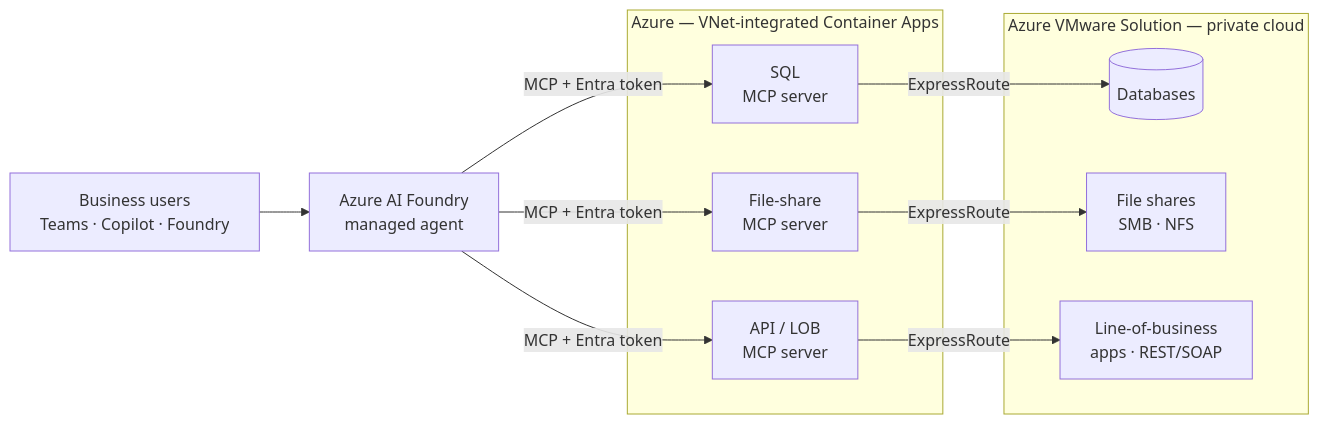
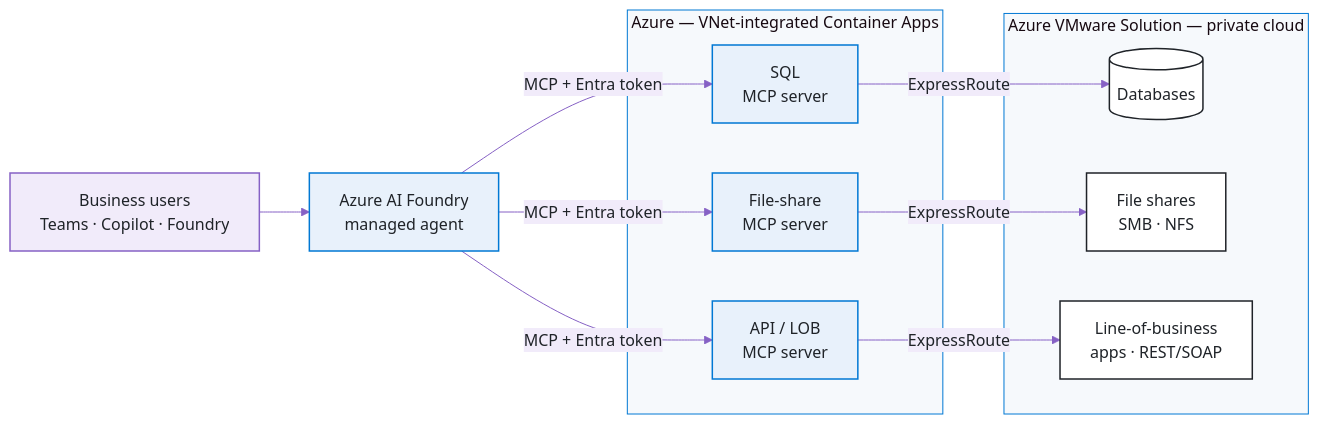
One commit to nivasn-msft/AVS-workload-agent changed the first of 3 diagrams in docs/blog.md. Above: the diagram before and after it, drawn with Mermaid. The commit also changed other lines of this file and 10 other files, not shown here.

First line of the commit message:
docs: replace mermaid diagrams with Azure-styled SVGs

````diff
--- a/docs/blog.md
+++ b/docs/blog.md
@@ -17,20 +17,32 @@
 ```mermaid
+%%{init: {'theme':'base','themeVariables':{
+  'fontFamily':'Segoe UI, -apple-system, sans-serif',
+  'primaryColor':'#E8F1FB','primaryTextColor':'#1F2328','primaryBorderColor':'#0078D4',
+  'lineColor':'#8661C5','secondaryColor':'#F1EBFA','tertiaryColor':'#E8F6EE',
+  'clusterBkg':'#F6F9FC','clusterBorder':'#0078D4'}}}%%
 flowchart LR
     U["Business users<br/>Teams · Copilot · Foundry"] --> AG["Azure AI Foundry<br/>managed agent"]
     subgraph az["Azure — VNet-integrated Container Apps"]
         M1["SQL<br/>MCP server"]
         M2["File-share<br/>MCP server"]
         M3["API / LOB<br/>MCP server"]
     end
     subgraph avs["Azure VMware Solution — private cloud"]
         W1[("Databases")]
         W2["File shares<br/>SMB · NFS"]
         W3["Line-of-business<br/>apps · REST/SOAP"]
     end
     AG -->|"MCP + Entra token"| M1
     AG -->|"MCP + Entra token"| M2
     AG -->|"MCP + Entra token"| M3
     M1 -->|"ExpressRoute"| W1
     M2 -->|"ExpressRoute"| W2
     M3 -->|"ExpressRoute"| W3
+
+    classDef azure fill:#E8F1FB,stroke:#0078D4,stroke-width:1.5px,color:#1F2328;
+    classDef avs fill:#FFFFFF,stroke:#1F2328,stroke-width:1.5px,color:#1F2328;
+    classDef user fill:#F1EBFA,stroke:#8661C5,stroke-width:1.5px,color:#1F2328;
+    class M1,M2,M3,AG azure;
+    class W1,W2,W3 avs;
+    class U user;
 ```
````
